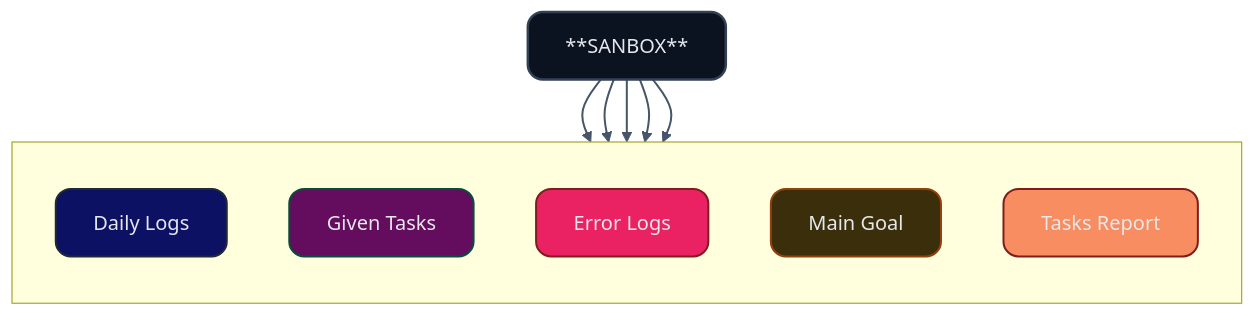
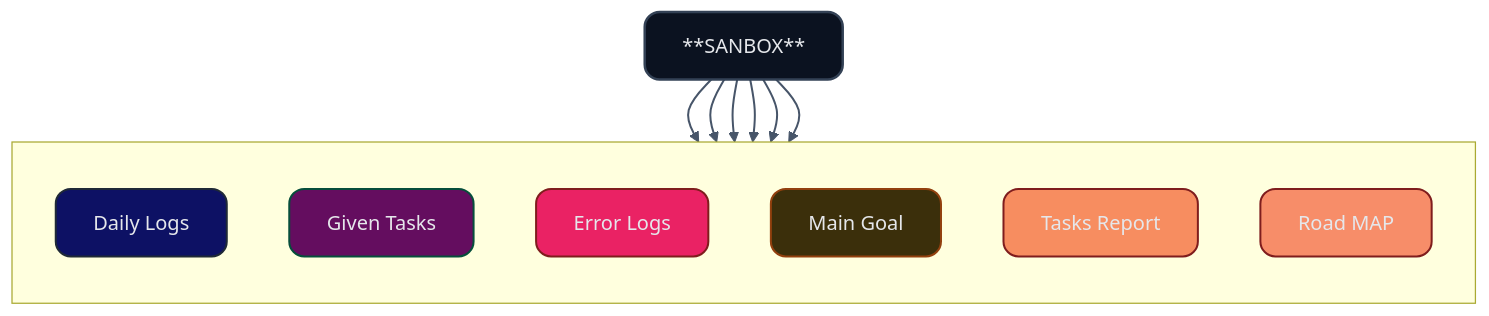
Before and after one commit to znach-lab/znach-lab: the diagram in README.md, drawn with Mermaid. The commit also changed other lines of this file, not shown here.

````diff
--- a/README.md
+++ b/README.md
@@ -33,56 +33,61 @@
 ```mermaid
 %% Koyu tema + varsayılan renkler
 %% (İstersen 'fontFamily'ni değiştirebilirsin)
 %%{init: {'theme':'dark', 'themeVariables': {
   'primaryColor':'#0f172a',          /* arka plan baz */
   'primaryTextColor':'#e5e7eb',      /* yazı */
   'primaryBorderColor':'#334155',    /* kenar çizgisi */
   'lineColor':'#475569',
   'fontFamily':'Inter, ui-sans-serif, system-ui'
 }}}%%
 
 
 
 flowchart TD
     A["**SANBOX**"]
 
     subgraph S1[ ]
         direction TB
         DL["Daily Logs"]
         TS["Given Tasks"]
         EL["Error Logs"]
         AH["Main Goal"]
         TR["Tasks Report"]
+        RM["Road MAP"]
     end
 
     A --> DL
     A --> TS
     A --> AH
     A --> EL
     A --> TR
+    A --> RM
   
     %% Tıklanabilir bağlantılar (kendi repo linklerinle değiştir)
     click DL "https://github.com/znach-lab/lab-daily" "_blank"
     click TS "https://github.com/znach-lab/given-tasks" "_blank"
     click AH "https://github.com/znach-lab/main-goal" "_blank"
     click EL "https://github.com/znach-lab/error-logs" "_blank"
     click TR "https://github.com/znach-lab/task-reports" "_blank"
+    click RM "https://github.com/znach-lab/roadmap" "_blank"
+
 
     %% Genel sınıflar (yuvarlatılmış köşe + daha kalın çizgi)
     classDef root fill:#0b1220,stroke:#334155,stroke-width:2px,color:#e5e7eb,rx:12,ry:12;
     classDef card fill:#111827,stroke:#374151,stroke-width:1.6px,color:#e5e7eb,rx:12,ry:12;
 
     %% Kenar renkleri biraz daha belirgin
     linkStyle default stroke:#475569,stroke-width:1.6px;
 
     %% Atamalar
     class A root
-    class DL,TS,AH,EL,TR card
+    class DL,TS,AH,EL,TR,RM card
 
     %% Hafif vurgu istersen tek tek ton verebilirsin:
     style DL fill:#0D1164,stroke:#1f2937,color:#e5e7eb
     style TS fill:#640D5F,stroke:#064e3b,color:#e5e7eb
     style AH fill:#3b2f0b,stroke:#92400e,color:#e5e7eb
     style EL fill:#EA2264,stroke:#7f1d1d,color:#e5e7eb
     style TR fill:#F78D60,stroke:#7f1d1d,color:#e5e7eb
+    style RM fill:#F78D69,stroke:#7f1d1d,color:#e5e7eb
 ```
````
